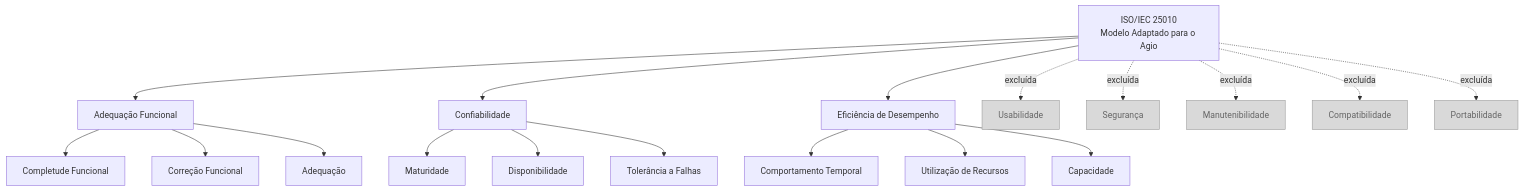
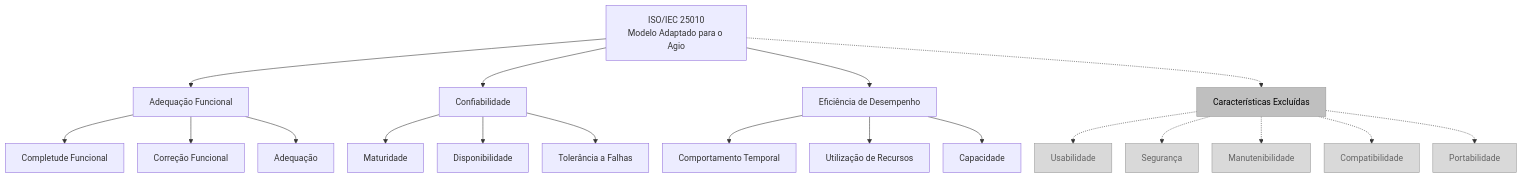
Before and after one commit to FCTE-Qualidade-de-Software-1/2026-1_T01_FRANS_BILAS: the diagram in docs/fase1/modelo_qualidade.md, drawn with Mermaid. The commit also changed 4 other files, not shown here.

Commit message:
feat: Recolore/refatora  os diagramas das fases 1 e 2

````diff
--- a/docs/fase1/modelo_qualidade.md
+++ b/docs/fase1/modelo_qualidade.md
@@ -119,32 +119,35 @@
 ```mermaid
+%%{init: {'flowchart': {'nodeSpacing': 25, 'rankSpacing': 50}}}%%
 graph TD
     ISO["ISO/IEC 25010<br>Modelo Adaptado para o Agio"]
 
     ISO --> AF["Adequação Funcional"]
     ISO --> CONF["Confiabilidade"]
     ISO --> ED["Eficiência de Desempenho"]
+    ISO -.-> EXC["Características Excluídas"]
 
-    ISO -.->|"excluída"| USB["Usabilidade"]
-    ISO -.->|"excluída"| SEG["Segurança"]
-    ISO -.->|"excluída"| MAN["Manutenibilidade"]
-    ISO -.->|"excluída"| COM["Compatibilidade"]
-    ISO -.->|"excluída"| POR["Portabilidade"]
+    EXC -.-> USB["Usabilidade"]
+    EXC -.-> SEG["Segurança"]
+    EXC -.-> MAN["Manutenibilidade"]
+    EXC -.-> COM["Compatibilidade"]
+    EXC -.-> POR["Portabilidade"]
 
     AF --> CF["Completude Funcional"]
     AF --> COR["Correção Funcional"]
     AF --> ADEQ["Adequação"]
 
     CONF --> MAT["Maturidade"]
     CONF --> DISP["Disponibilidade"]
     CONF --> TOL["Tolerância a Falhas"]
 
     ED --> CT["Comportamento Temporal"]
     ED --> UR["Utilização de Recursos"]
     ED --> CAP["Capacidade"]
 
+    style EXC fill:#bfbfbf,stroke:#999,color:#000
     style USB fill:#d9d9d9,stroke:#999,color:#666
     style SEG fill:#d9d9d9,stroke:#999,color:#666
     style MAN fill:#d9d9d9,stroke:#999,color:#666
     style COM fill:#d9d9d9,stroke:#999,color:#666
     style POR fill:#d9d9d9,stroke:#999,color:#666
 ```
````
